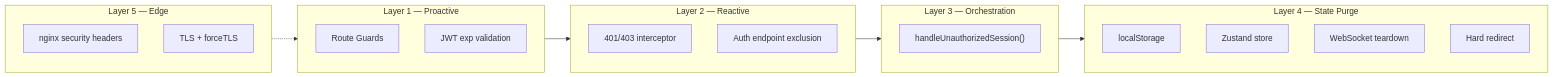
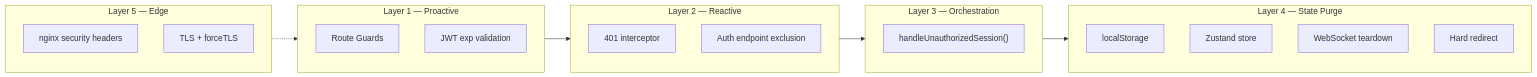
One commit to suliman-mousa/Rento-Car changed the fifth of 8 diagrams in diagrams/dashboard-diagrams.md. Above: the diagram before and after it, drawn with Mermaid. The commit also changed other lines of this file, not shown here.

````diff
--- a/diagrams/dashboard-diagrams.md
+++ b/diagrams/dashboard-diagrams.md
@@ -188,31 +187,31 @@
 ```mermaid
 flowchart LR
     subgraph L1["Layer 1 — Proactive"]
         A1["Route Guards"]
         A2["JWT exp validation"]
     end
 
     subgraph L2["Layer 2 — Reactive"]
-        B1["401/403 interceptor"]
+        B1["401 interceptor"]
         B2["Auth endpoint exclusion"]
     end
 
     subgraph L3["Layer 3 — Orchestration"]
         C1["handleUnauthorizedSession()"]
     end
 
     subgraph L4["Layer 4 — State Purge"]
         D1["localStorage"]
         D2["Zustand store"]
         D3["WebSocket teardown"]
         D4["Hard redirect"]
     end
 
     subgraph L5["Layer 5 — Edge"]
         E1["nginx security headers"]
         E2["TLS + forceTLS"]
     end
 
     L1 --> L2 --> L3 --> L4
     L5 -.-> L1
 ```
````
